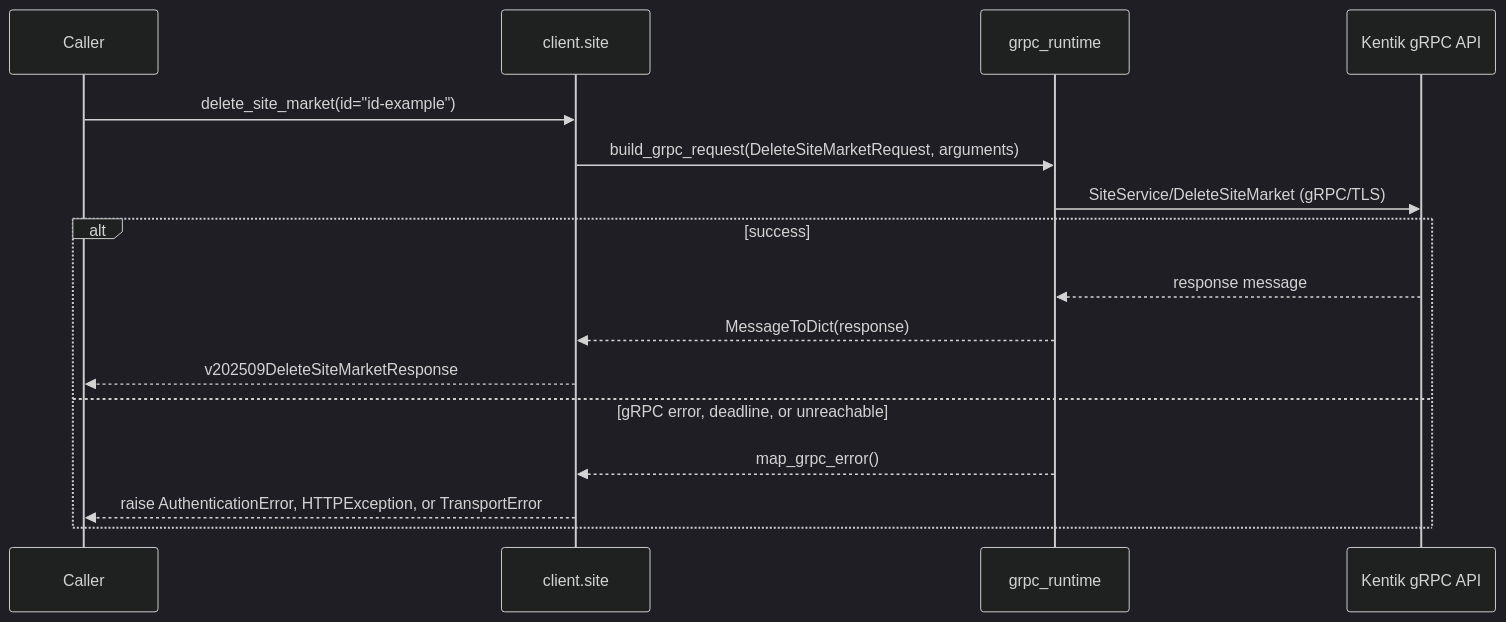
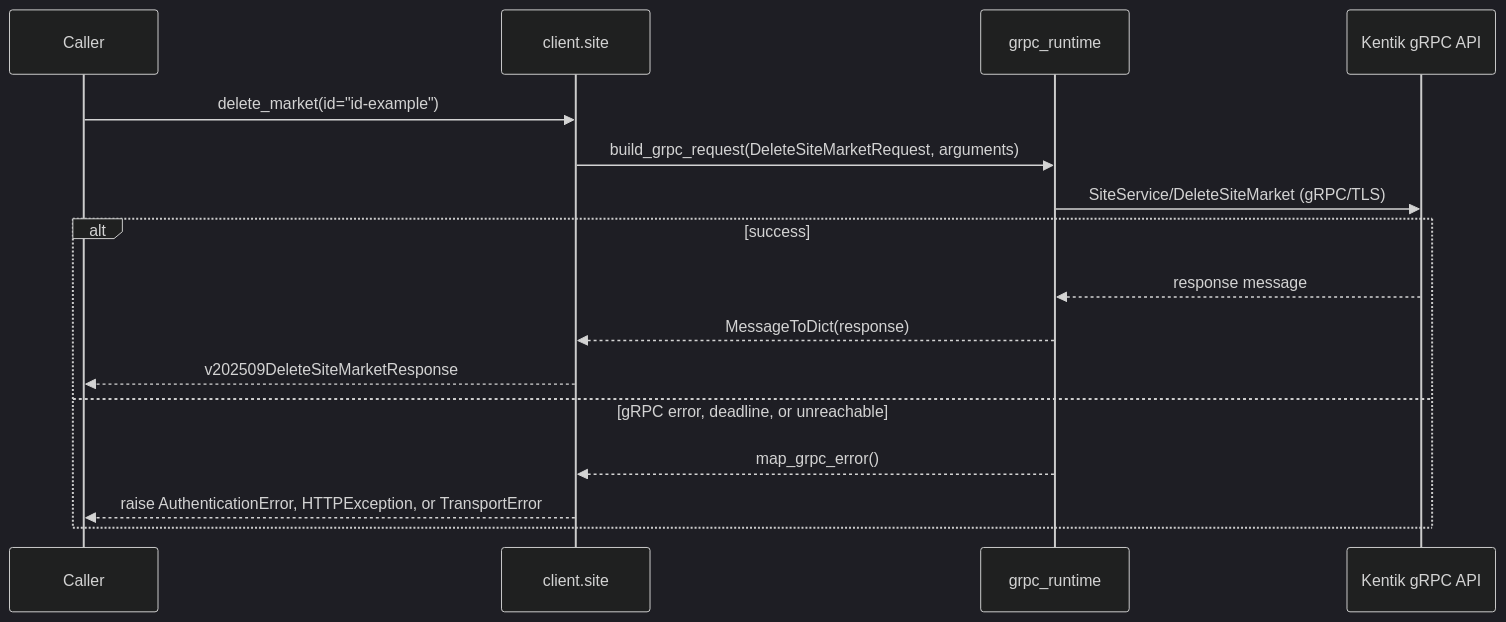
One commit to alexdearaujo/community_sdk_python changed diagram 11 of 22 in docs/sphinx/services/site.md. Above: the diagram before and after it, drawn with Mermaid (dark theme). The commit also changed other lines of this file and 28 other files, not shown here.

````diff
--- a/docs/sphinx/services/site.md
+++ b/docs/sphinx/services/site.md
@@ -357,19 +357,19 @@
 ```mermaid
 sequenceDiagram
     participant C as Caller
     participant W as client.site
     participant R as grpc_runtime
     participant API as Kentik gRPC API
 
-    C->>W: delete_site_market(id="id-example")
+    C->>W: delete_market(id="id-example")
     W->>R: build_grpc_request(DeleteSiteMarketRequest, arguments)
     R->>API: SiteService/DeleteSiteMarket (gRPC/TLS)
     alt success
         API-->>R: response message
         R-->>W: MessageToDict(response)
         W-->>C: v202509DeleteSiteMarketResponse
     else gRPC error, deadline, or unreachable
         R-->>W: map_grpc_error()
         W-->>C: raise AuthenticationError, HTTPException, or TransportError
     end
 ```
````
